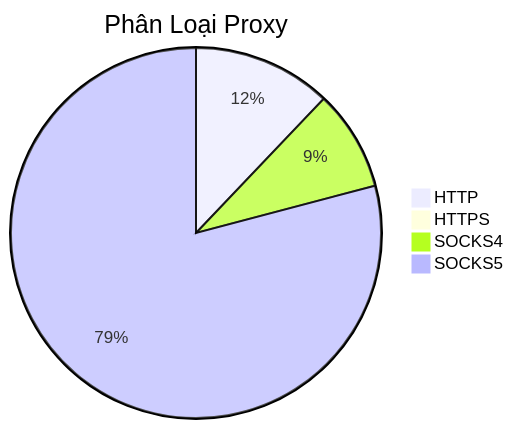
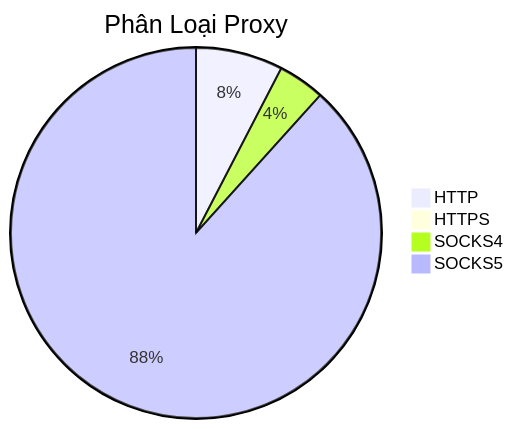
The diagram in README.md (Ciara-Aa/PROXY-free), drawn with Mermaid before and after one commit. The commit also changed other lines of this file and 4 other files, not shown here.

````diff
--- a/README.md
+++ b/README.md
@@ -26,7 +26,7 @@
 ```mermaid
 pie title Phân Loại Proxy
-    "HTTP" : 376
-    "HTTPS" : 2
-    "SOCKS4" : 273
-    "SOCKS5" : 2458
+    "HTTP" : 420
+    "HTTPS" : 1
+    "SOCKS4" : 225
+    "SOCKS5" : 4879
 ```
````
